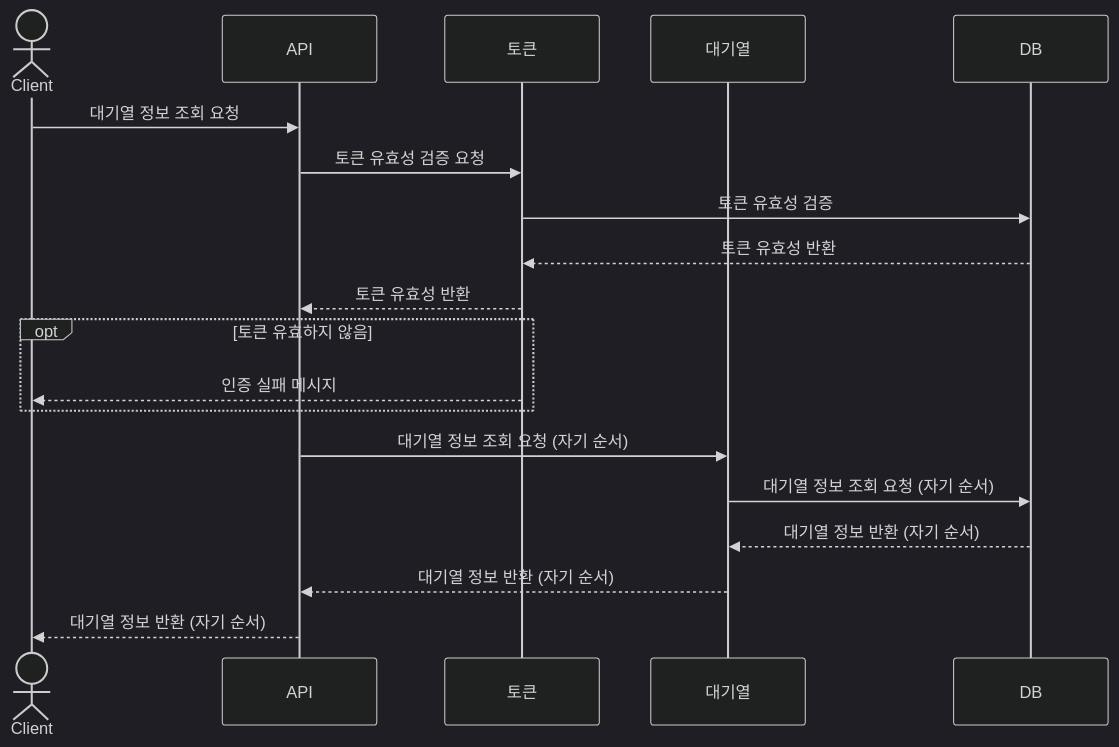
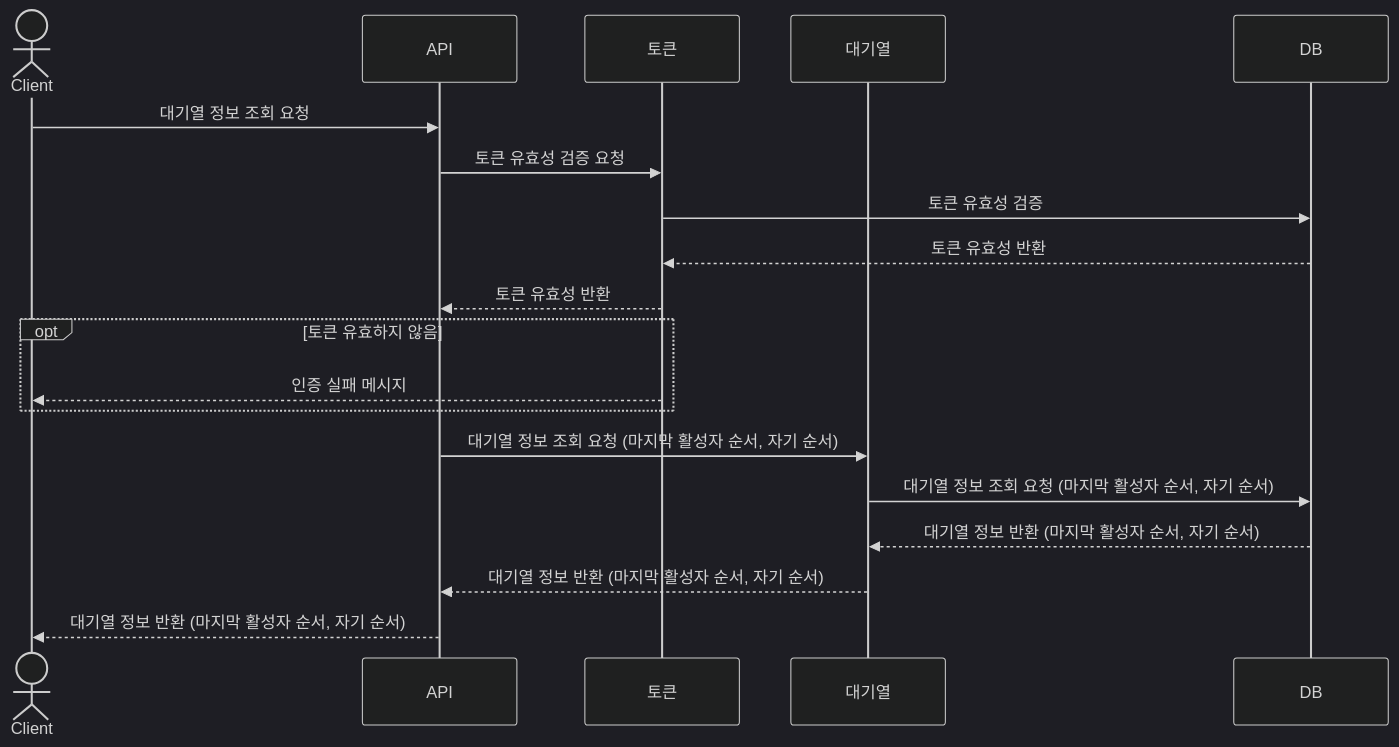
Before and after one commit to hyojin202406/hanghae-concert: the third of 9 diagrams in docs/sequence_diagram.md, drawn with Mermaid (dark theme). The commit also changed other lines of this file and 2 other files, not shown here.

Commit message:
doc: 시퀀스다이어그램, ERD, API 수정

````diff
--- a/docs/sequence_diagram.md
+++ b/docs/sequence_diagram.md
@@ -81,22 +81,22 @@
 ```mermaid
 sequenceDiagram
     actor Client
     participant API
     participant 토큰서비스 as 토큰
     participant 대기열서비스 as 대기열
     participant DB
 
     Client ->> API: 대기열 정보 조회 요청
     API ->> 토큰서비스: 토큰 유효성 검증 요청
     토큰서비스 ->> DB: 토큰 유효성 검증
     DB -->> 토큰서비스: 토큰 유효성 반환
     토큰서비스 -->> API: 토큰 유효성 반환
     opt 토큰 유효하지 않음
         토큰서비스-->>Client: 인증 실패 메시지
     end
-    API ->> 대기열서비스: 대기열 정보 조회 요청 (자기 순서)
-    대기열서비스 ->> DB: 대기열 정보 조회 요청 (자기 순서)
-    DB -->> 대기열서비스: 대기열 정보 반환 (자기 순서)
-    대기열서비스 -->> API: 대기열 정보 반환 (자기 순서)
-    API -->> Client: 대기열 정보 반환 (자기 순서)
+    API ->> 대기열서비스: 대기열 정보 조회 요청 (마지막 활성자 순서, 자기 순서)
+    대기열서비스 ->> DB: 대기열 정보 조회 요청 (마지막 활성자 순서, 자기 순서)
+    DB -->> 대기열서비스: 대기열 정보 반환 (마지막 활성자 순서, 자기 순서)
+    대기열서비스 -->> API: 대기열 정보 반환 (마지막 활성자 순서, 자기 순서)
+    API -->> Client: 대기열 정보 반환 (마지막 활성자 순서, 자기 순서)
 ```
````
